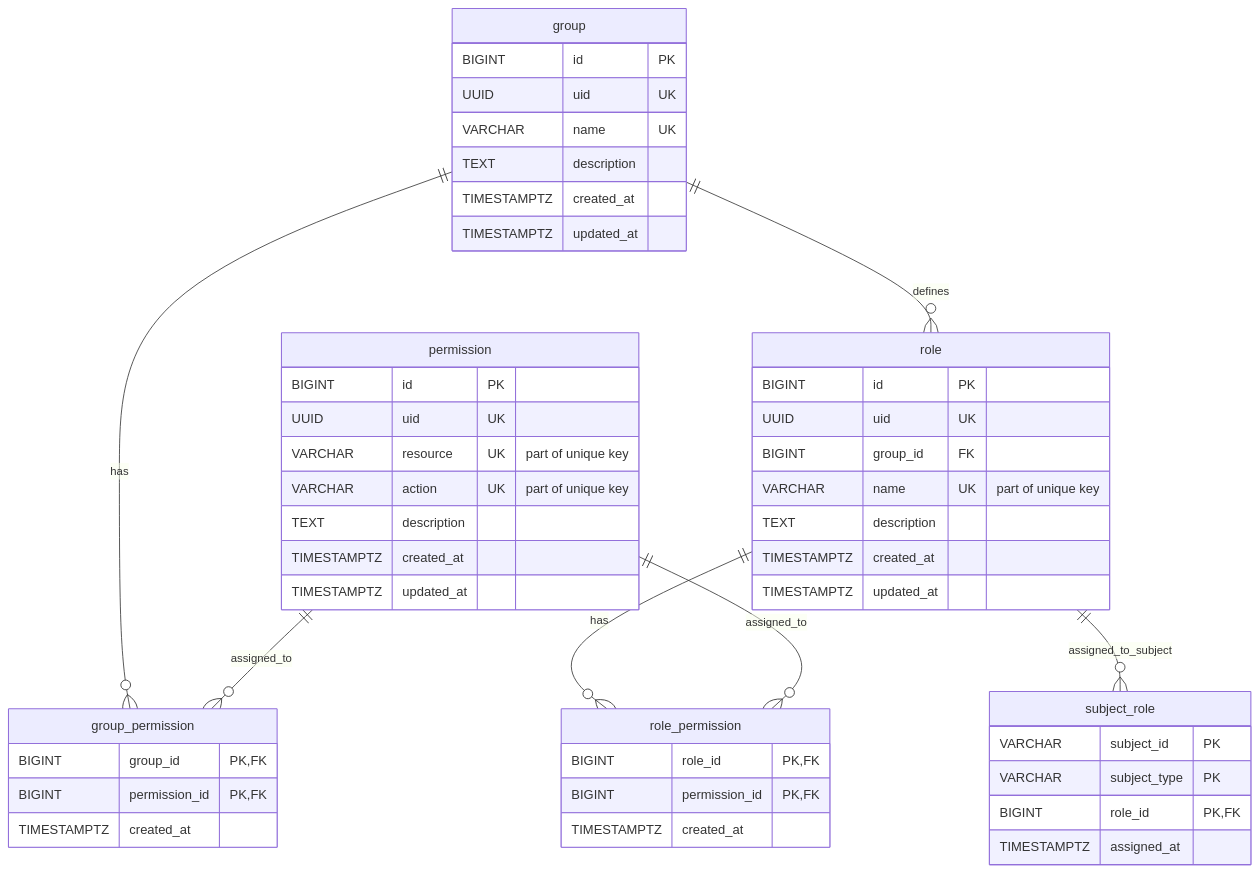
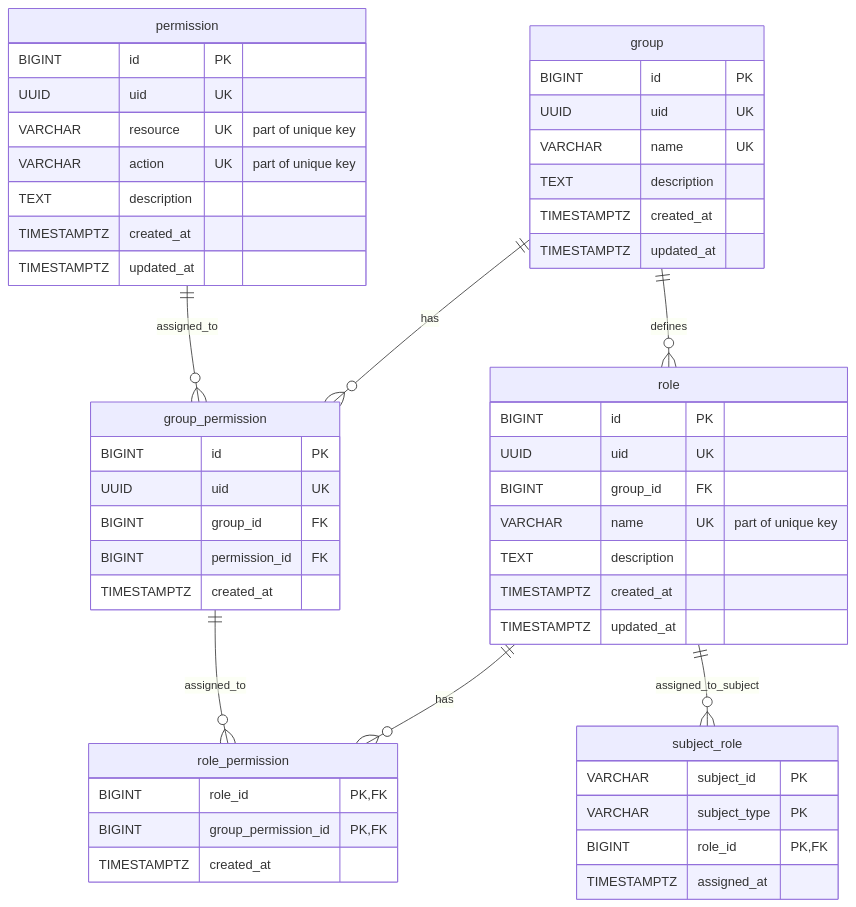
Before and after one commit to adityakw90/service-access-db: the diagram in README.md, drawn with Mermaid. The commit also changed other lines of this file, not shown here.

````diff
--- a/README.md
+++ b/README.md
@@ -28,57 +28,59 @@
 ```mermaid
 erDiagram
     permission {
         BIGINT id PK
         UUID uid UK
         VARCHAR resource UK "part of unique key"
         VARCHAR action UK "part of unique key"
         TEXT description
         TIMESTAMPTZ created_at
         TIMESTAMPTZ updated_at
     }
 
     "group" {
         BIGINT id PK
         UUID uid UK
         VARCHAR name UK
         TEXT description
         TIMESTAMPTZ created_at
         TIMESTAMPTZ updated_at
     }
 
     group_permission {
-        BIGINT group_id PK, FK
-        BIGINT permission_id PK, FK
+        BIGINT id PK
+        UUID uid UK
+        BIGINT group_id FK
+        BIGINT permission_id FK
         TIMESTAMPTZ created_at
     }
 
     role {
         BIGINT id PK
         UUID uid UK
         BIGINT group_id FK
         VARCHAR name UK "part of unique key"
         TEXT description
         TIMESTAMPTZ created_at
         TIMESTAMPTZ updated_at
     }
 
     role_permission {
         BIGINT role_id PK, FK
-        BIGINT permission_id PK, FK
+        BIGINT group_permission_id PK, FK
         TIMESTAMPTZ created_at
     }
 
     subject_role {
         VARCHAR subject_id PK
         VARCHAR subject_type PK
         BIGINT role_id PK, FK
         TIMESTAMPTZ assigned_at
     }
 
     "group" ||--o{ group_permission : "has"
     permission ||--o{ group_permission : "assigned_to"
     "group" ||--o{ role : "defines"
     role ||--o{ role_permission : "has"
-    permission ||--o{ role_permission : "assigned_to"
+    group_permission ||--o{ role_permission : "assigned_to"
     role ||--o{ subject_role : "assigned_to_subject"
 ```
````
